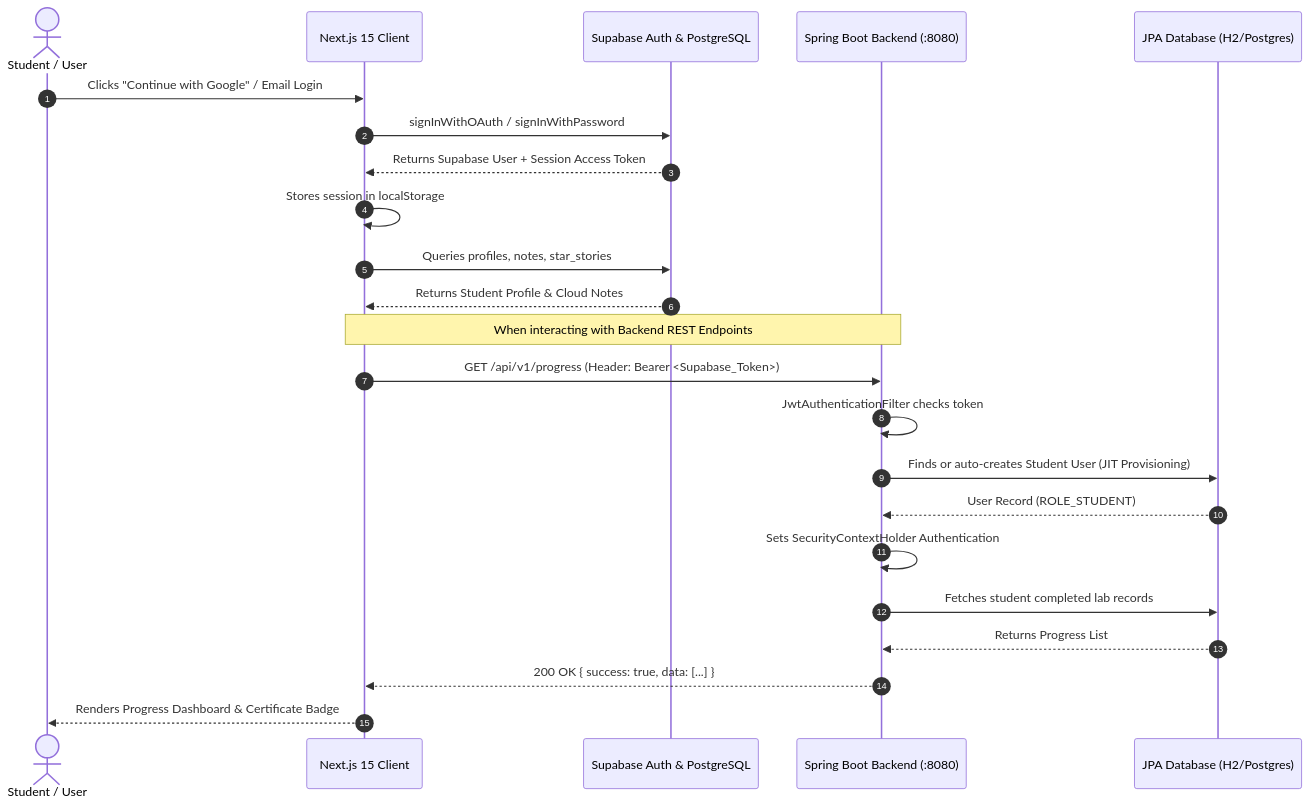
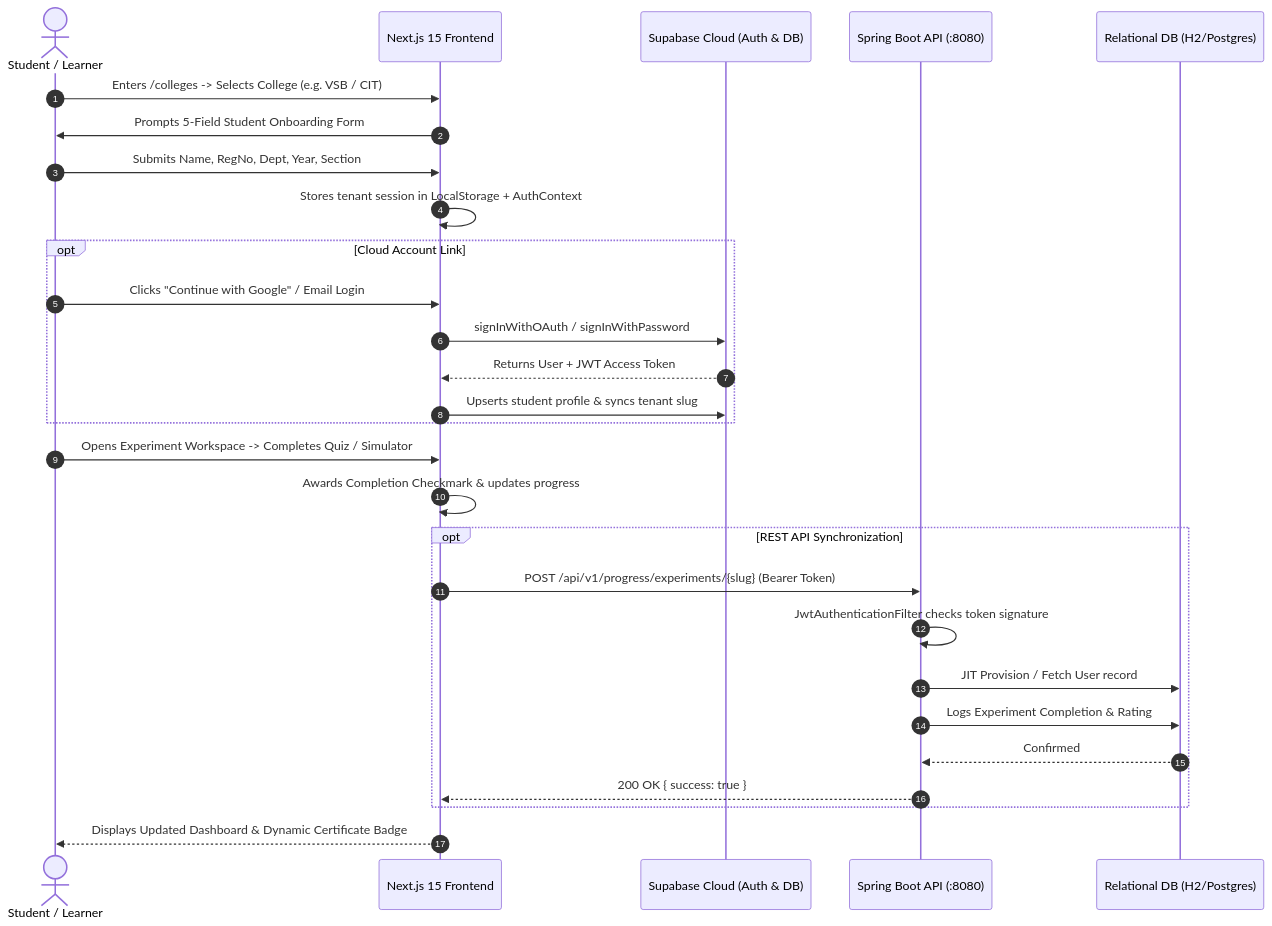
Before and after one commit to Nishanth401/Virtual-Labs: the second of 2 diagrams in README.md, drawn with Mermaid. The commit also changed other lines of this file and 21 other files, not shown here.

````diff
--- a/README.md
+++ b/README.md
@@ -246,27 +426,35 @@
 ```mermaid
 sequenceDiagram
     autonumber
-    actor Student as Student / User
-    participant NextJS as Next.js 15 Client
-    participant Supabase as Supabase Auth & PostgreSQL
-    participant Spring as Spring Boot Backend (:8080)
-    participant Database as JPA Database (H2/Postgres)
+    actor Student as Student / Learner
+    participant NextJS as Next.js 15 Frontend
+    participant Supabase as Supabase Cloud (Auth & DB)
+    participant SpringBoot as Spring Boot API (:8080)
+    participant Database as Relational DB (H2/Postgres)
 
-    Student->>NextJS: Clicks "Continue with Google" / Email Login
-    NextJS->>Supabase: signInWithOAuth / signInWithPassword
-    Supabase-->>NextJS: Returns Supabase User + Session Access Token
-    NextJS->>NextJS: Stores session in localStorage
-    NextJS->>Supabase: Queries profiles, notes, star_stories
-    Supabase-->>NextJS: Returns Student Profile & Cloud Notes
+    Student->>NextJS: Enters /colleges -> Selects College (e.g. VSB / CIT)
+    NextJS->>Student: Prompts 5-Field Student Onboarding Form
+    Student->>NextJS: Submits Name, RegNo, Dept, Year, Section
+    NextJS->>NextJS: Stores tenant session in LocalStorage + AuthContext
+    
+    opt Cloud Account Link
+        Student->>NextJS: Clicks "Continue with Google" / Email Login
+        NextJS->>Supabase: signInWithOAuth / signInWithPassword
+        Supabase-->>NextJS: Returns User + JWT Access Token
+        NextJS->>Supabase: Upserts student profile & syncs tenant slug
+    end
 
-    Note over NextJS,Spring: When interacting with Backend REST Endpoints
-    NextJS->>Spring: GET /api/v1/progress (Header: Bearer <Supabase_Token>)
-    Spring->>Spring: JwtAuthenticationFilter checks token
-    Spring->>Database: Finds or auto-creates Student User (JIT Provisioning)
-    Database-->>Spring: User Record (ROLE_STUDENT)
-    Spring->>Spring: Sets SecurityContextHolder Authentication
-    Spring->>Database: Fetches student completed lab records
-    Database-->>Spring: Returns Progress List
-    Spring-->>NextJS: 200 OK { success: true, data: [...] }
-    NextJS-->>Student: Renders Progress Dashboard & Certificate Badge
+    Student->>NextJS: Opens Experiment Workspace -> Completes Quiz / Simulator
+    NextJS->>NextJS: Awards Completion Checkmark & updates progress
+    
+    opt REST API Synchronization
+        NextJS->>SpringBoot: POST /api/v1/progress/experiments/{slug} (Bearer Token)
+        SpringBoot->>SpringBoot: JwtAuthenticationFilter checks token signature
+        SpringBoot->>Database: JIT Provision / Fetch User record
+        SpringBoot->>Database: Logs Experiment Completion & Rating
+        Database-->>SpringBoot: Confirmed
+        SpringBoot-->>NextJS: 200 OK { success: true }
+    end
+
+    NextJS-->>Student: Displays Updated Dashboard & Dynamic Certificate Badge
 ```
````
